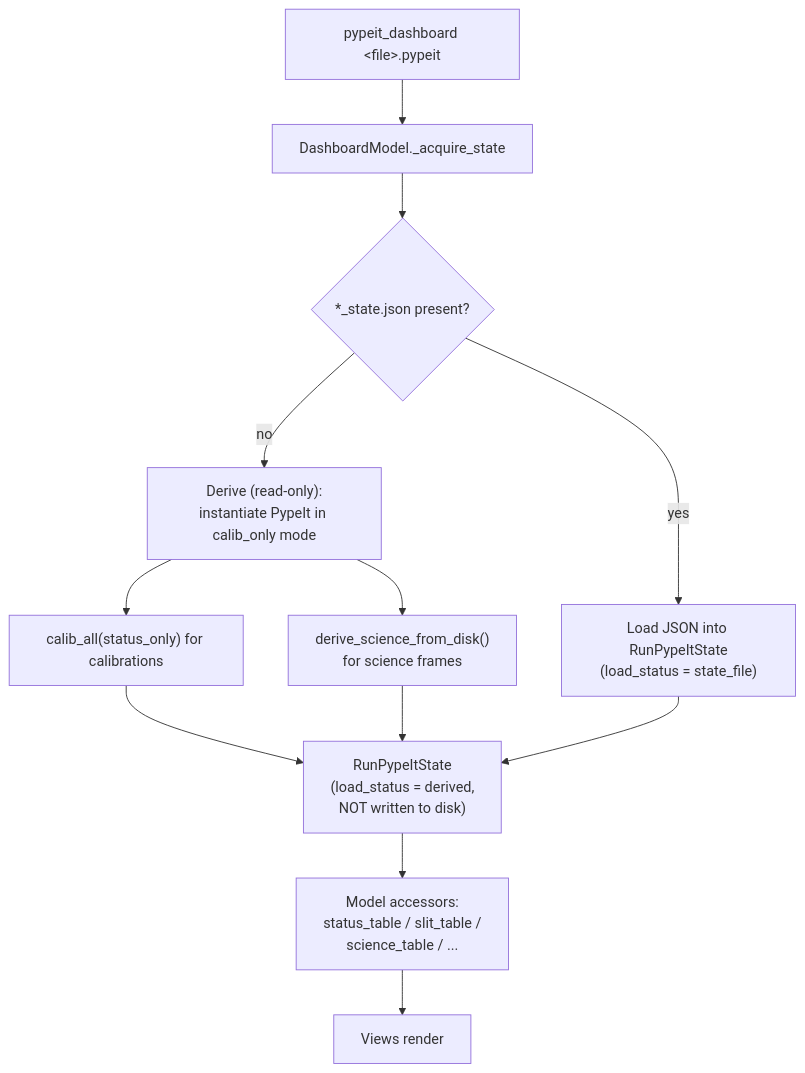
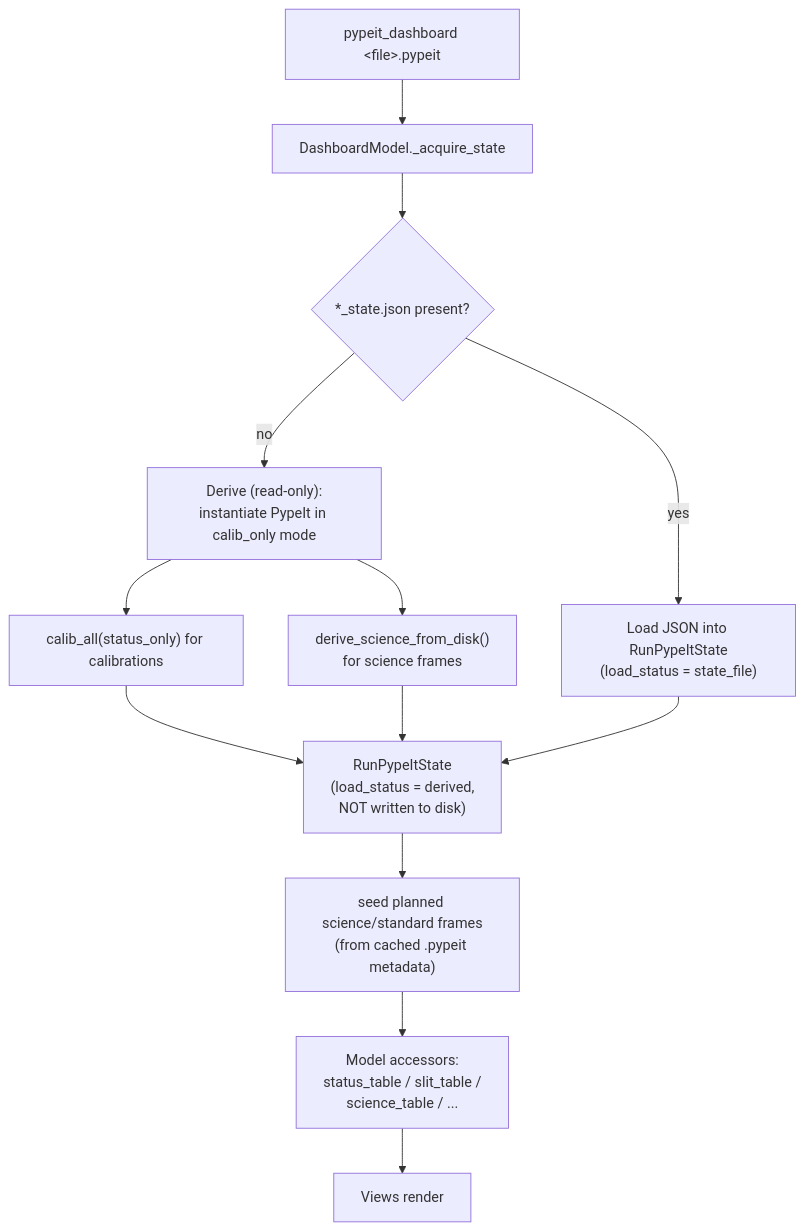
One commit to pypeit/PypeIt changed the second of 4 diagrams in doc/dashboard/dashboard_design.rst. Above: the diagram before and after it, drawn with Mermaid. The commit also changed other lines of this file and 2 other files, not shown here.

```diff
--- a/doc/dashboard/dashboard_design.rst
+++ b/doc/dashboard/dashboard_design.rst
@@ -85,14 +85,15 @@
 .. mermaid::
 
    flowchart TD
        START["pypeit_dashboard &lt;file&gt;.pypeit"] --> ACQ["DashboardModel._acquire_state"]
        ACQ --> Q{"*_state.json present?"}
        Q -- "yes" --> LOAD["Load JSON into RunPypeItState<br/>(load_status = state_file)"]
        Q -- "no" --> DERIVE["Derive (read-only):<br/>instantiate PypeIt in calib_only mode"]
        DERIVE --> CAL["calib_all(status_only) for calibrations"]
        DERIVE --> SCI["derive_science_from_disk()<br/>for science frames"]
        CAL --> RS["RunPypeItState<br/>(load_status = derived,<br/>NOT written to disk)"]
        SCI --> RS
        LOAD --> RS
-       RS --> ACCESS["Model accessors:<br/>status_table / slit_table /<br/>science_table / ..."]
+       RS --> SEED["seed planned science/standard frames<br/>(from cached .pypeit metadata)"]
+       SEED --> ACCESS["Model accessors:<br/>status_table / slit_table /<br/>science_table / ..."]
        ACCESS --> RENDER["Views render"]
```
